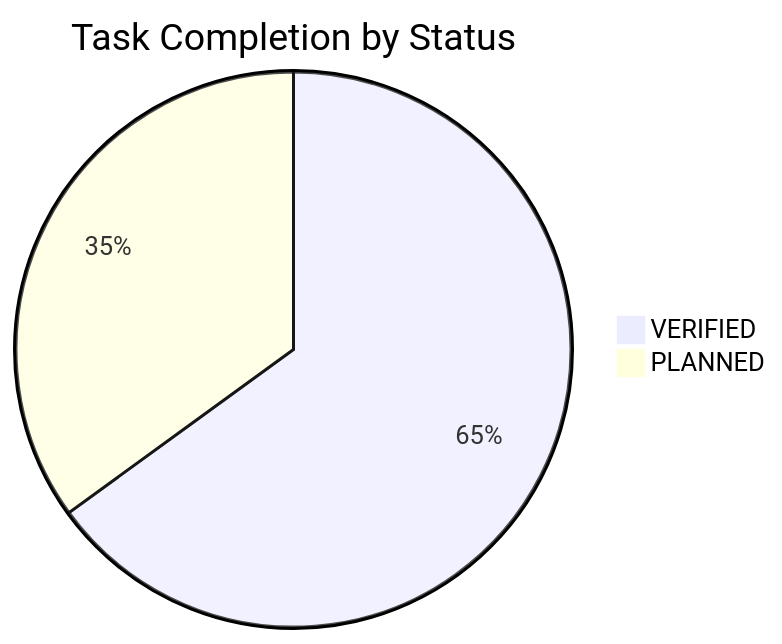
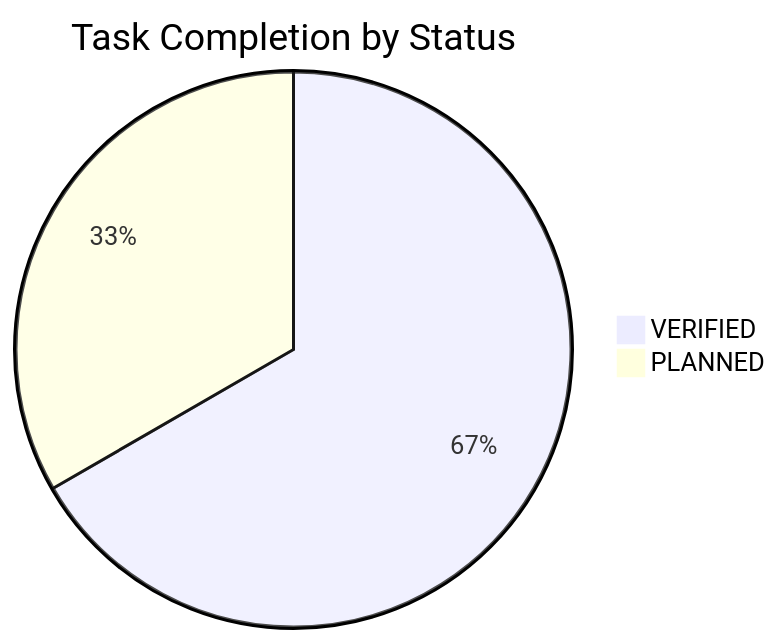
Before and after one commit to NguyenTriBaoThang/ClearWayAI: the diagram in docs/TASK_BOARD.md, drawn with Mermaid. The commit also changed other lines of this file and 6 other files, not shown here.

````diff
--- a/docs/TASK_BOARD.md
+++ b/docs/TASK_BOARD.md
@@ -16,5 +16,5 @@
 ```mermaid
 pie title Task Completion by Status
-    "VERIFIED" : 39
-    "PLANNED" : 21
+    "VERIFIED" : 40
+    "PLANNED" : 20
 ```
````
